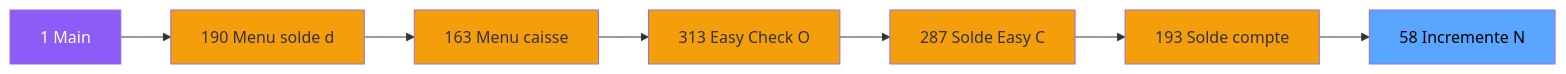
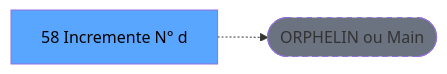
Before and after one commit to thonyAGP/lecteur-magic: the second of 3 diagrams in .openspec/specs/ADH-IDE-58.md, drawn with Mermaid. The commit also changed other lines of this file and 701 other files, not shown here.

````diff
--- a/.openspec/specs/ADH-IDE-58.md
+++ b/.openspec/specs/ADH-IDE-58.md
@@ -110,23 +117,8 @@
 ```mermaid
 graph LR
-    M[1 Main]
-    N190[190 Menu solde d]
-    N163[163 Menu caisse ]
-    N313[313 Easy Check O]
-    N287[287 Solde Easy C]
-    N193[193 Solde compte]
-    T[58 Incremente N]
-    M --> N190
-    N190 --> N163
-    N163 --> N313
-    N313 --> N287
-    N287 --> N193
-    N193 --> T
-    style M fill:#8b5cf6,color:#fff
-    style N190 fill:#f59e0b
-    style N163 fill:#f59e0b
-    style N313 fill:#f59e0b
-    style N287 fill:#f59e0b
-    style N193 fill:#f59e0b
+    T[58 Incremente N° d]
+    ORPHAN([ORPHELIN ou Main])
+    T -.-> ORPHAN
     style T fill:#58a6ff,color:#000
+    style ORPHAN fill:#6b7280,stroke-dasharray: 5 5
 ```
````
